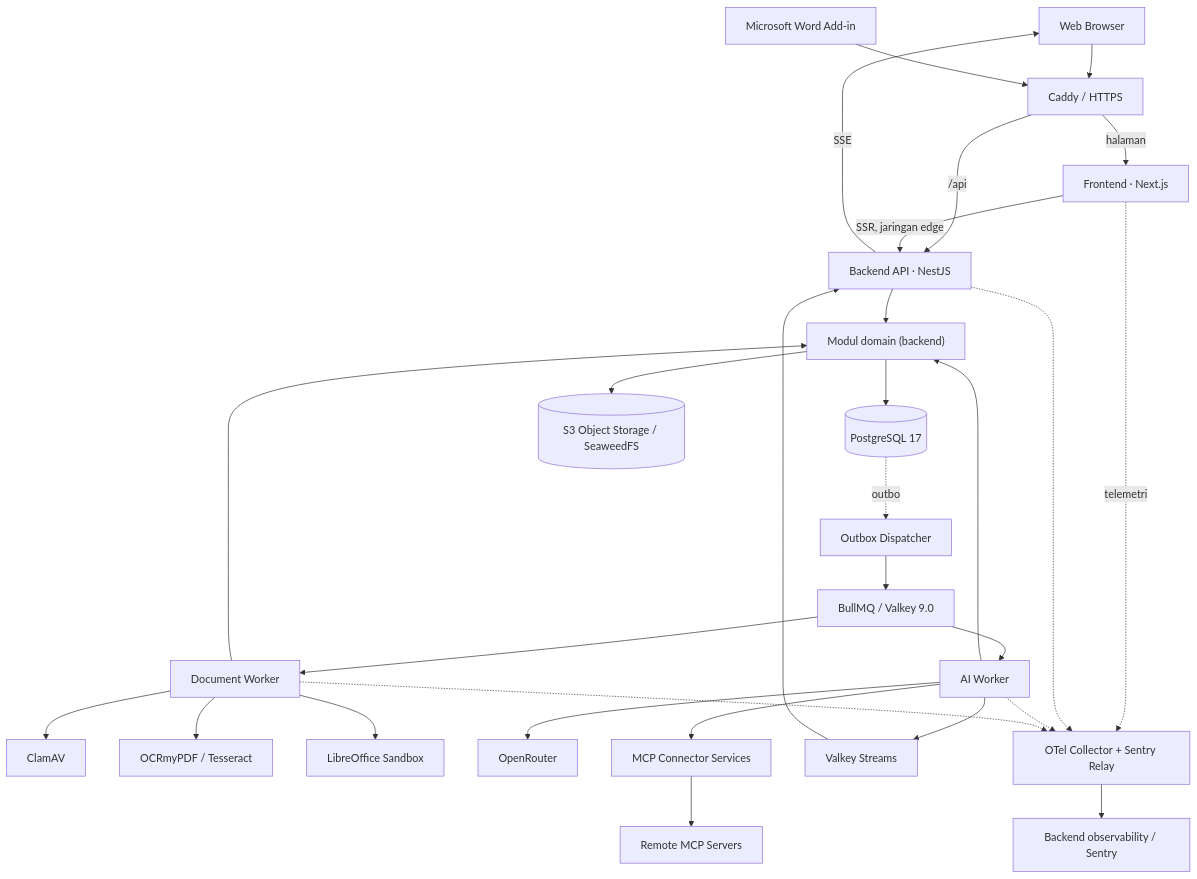
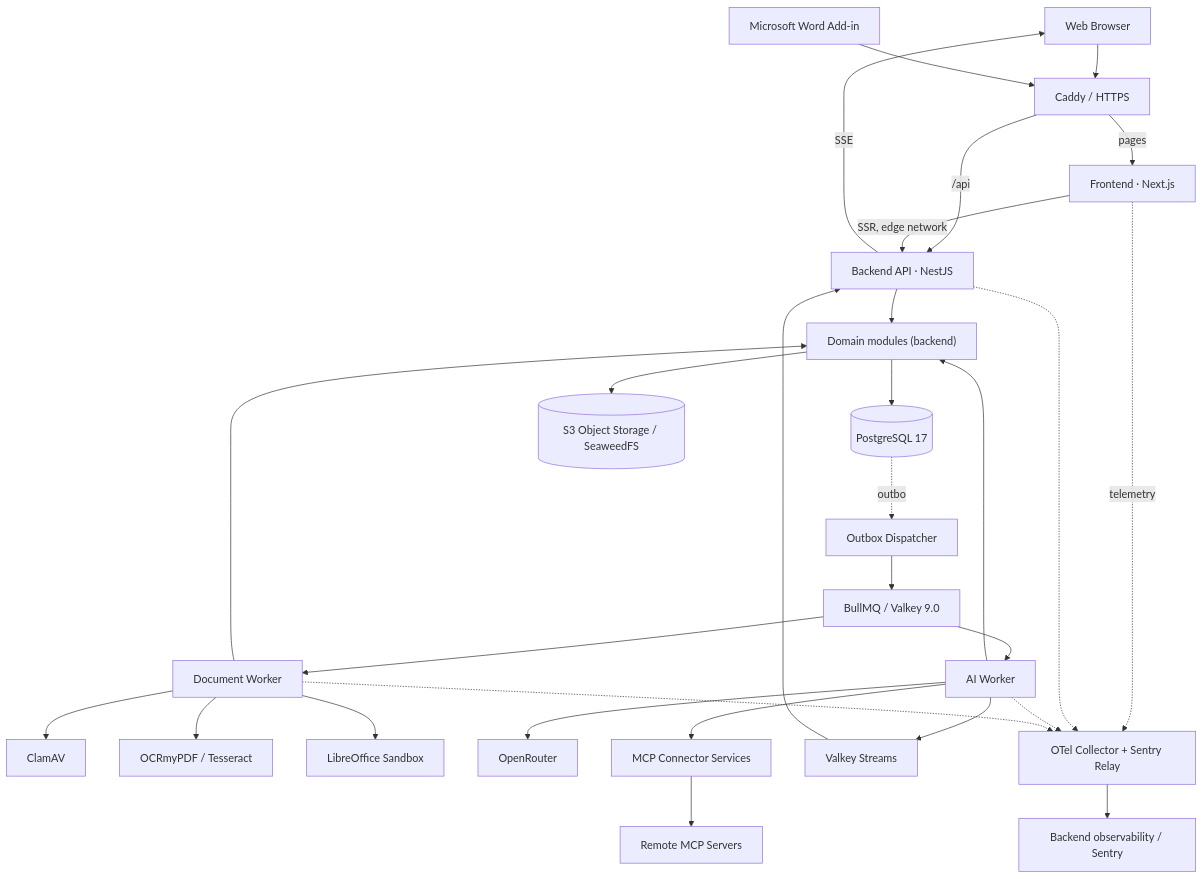
One commit to pahle/lexon-ai-v6 changed the diagram in docs/specs/LEXON-02-SYSTEM-ARCHITECTURE.md. Above: the diagram before and after it, drawn with Mermaid. The commit also changed other lines of this file and 3 other files, not shown here.

````diff
--- a/docs/specs/LEXON-02-SYSTEM-ARCHITECTURE.md
+++ b/docs/specs/LEXON-02-SYSTEM-ARCHITECTURE.md
@@ -36,34 +50,34 @@
 ```mermaid
 flowchart TB
     User[Web Browser] --> Edge[Caddy / HTTPS]
     Word[Microsoft Word Add-in] --> Edge
-    Edge -->|halaman| FE["Frontend · Next.js"]
+    Edge -->|pages| FE["Frontend · Next.js"]
     Edge -->|"/api"| API["Backend API · NestJS"]
-    FE -->|SSR, jaringan edge| API
+    FE -->|SSR, edge network| API
 
-    API --> Application["Modul domain (backend)"]
+    API --> Application["Domain modules (backend)"]
     AI[AI Worker] --> Application
     Docs[Document Worker] --> Application
 
     Application --> PG[(PostgreSQL 17)]
     Application --> Store[(S3 Object Storage / SeaweedFS)]
 
     PG -.outbox.-> Disp[Outbox Dispatcher]
     Disp --> Queue[BullMQ / Valkey 9.0]
     Queue --> AI
     Queue --> Docs
     Docs --> AV[ClamAV]
     Docs --> OCR[OCRmyPDF / Tesseract]
     Docs --> LO[LibreOffice Sandbox]
     AI --> Provider[OpenRouter]
     AI --> MCP[MCP Connector Services]
     MCP --> Remote[Remote MCP Servers]
     AI --> Events[Valkey Streams]
     Events --> API
     API -->|SSE| User
-    FE -.telemetri.-> Col[OTel Collector + Sentry Relay]
+    FE -.telemetry.-> Col[OTel Collector + Sentry Relay]
     API -.-> Col
     AI -.-> Col
     Docs -.-> Col
     Col --> Obs[Backend observability / Sentry]
 ```
````
